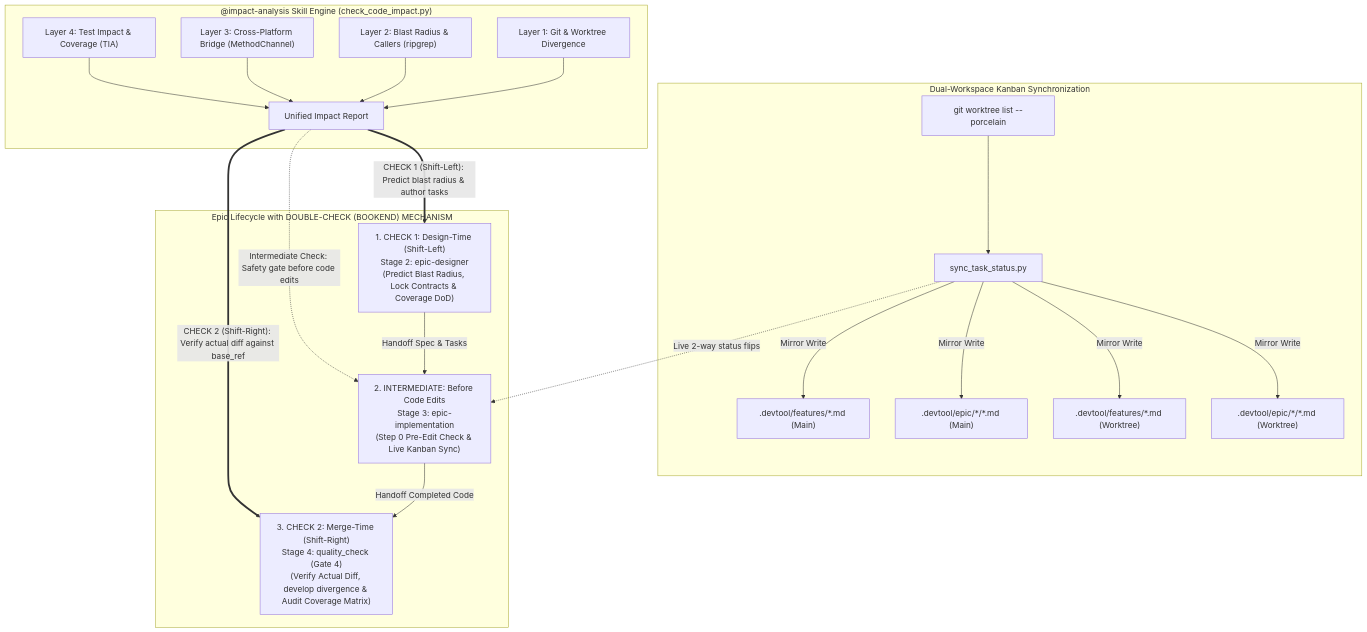
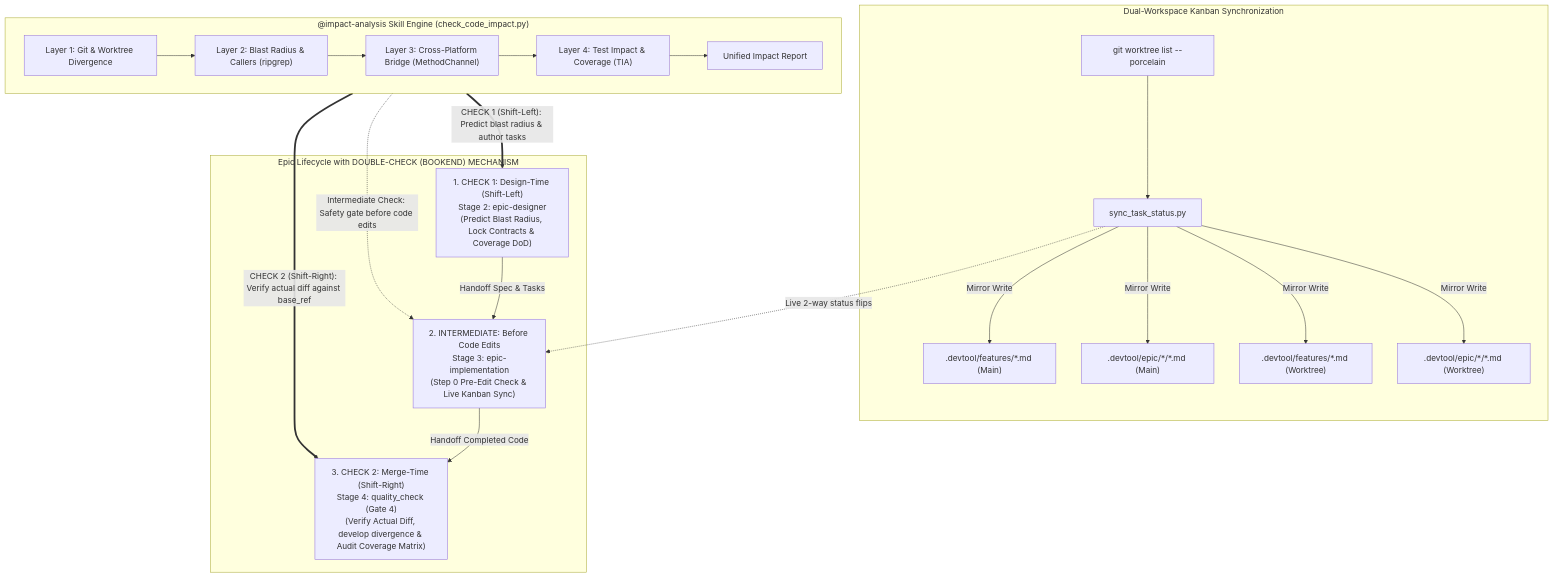
One commit to DanhDue/ai-agent-tools changed the first of 7 diagrams in .devtool/epic/kanban_sync_impact_analysis/kanban_sync_impact_analysis.en.md. Above: the diagram before and after it, drawn with Mermaid. The commit also changed other lines of this file and 1 other file, not shown here.

First line of the commit message:
[EPIC_DESIGNER] Lay out Impact Engine layers and Use Cases horizontally

````diff
--- a/.devtool/epic/kanban_sync_impact_analysis/kanban_sync_impact_analysis.en.md
+++ b/.devtool/epic/kanban_sync_impact_analysis/kanban_sync_impact_analysis.en.md
@@ -45,36 +45,34 @@
 ```mermaid
 flowchart TD
     subgraph KANBAN_SYNC["Dual-Workspace Kanban Synchronization"]
         SYNC_TOOL["sync_task_status.py"]
         WT_DISCOVER["git worktree list --porcelain"]
         WT_DISCOVER --> SYNC_TOOL
         SYNC_TOOL -->|Mirror Write| F_MAIN[".devtool/features/*.md (Main)"]
         SYNC_TOOL -->|Mirror Write| E_MAIN[".devtool/epic/*/*.md (Main)"]
         SYNC_TOOL -->|Mirror Write| F_WT[".devtool/features/*.md (Worktree)"]
         SYNC_TOOL -->|Mirror Write| E_WT[".devtool/epic/*/*.md (Worktree)"]
     end
 
     subgraph IMPACT_ENGINE["@impact-analysis Skill Engine (check_code_impact.py)"]
-        L1["Layer 1: Git & Worktree Divergence"]
-        L2["Layer 2: Blast Radius & Callers (ripgrep)"]
-        L3["Layer 3: Cross-Platform Bridge (MethodChannel)"]
-        L4["Layer 4: Test Impact & Coverage (TIA)"]
-        L1 & L2 & L3 & L4 --> REPORT["Unified Impact Report"]
+        direction LR
+        L1["Layer 1: Git & Worktree Divergence"] --> L2["Layer 2: Blast Radius & Callers (ripgrep)"] --> L3["Layer 3: Cross-Platform Bridge (MethodChannel)"] --> L4["Layer 4: Test Impact & Coverage (TIA)"]
+        L4 --> REPORT["Unified Impact Report"]
     end
 
     subgraph WORKFLOW_INTEGRATION["Epic Lifecycle with DOUBLE-CHECK (BOOKEND) MECHANISM"]
         STAGE2["1. CHECK 1: Design-Time (Shift-Left)<br/>Stage 2: epic-designer<br/>(Predict Blast Radius, Lock Contracts & Coverage DoD)"]
         STAGE3["2. INTERMEDIATE: Before Code Edits<br/>Stage 3: epic-implementation<br/>(Step 0 Pre-Edit Check & Live Kanban Sync)"]
         STAGE4["3. CHECK 2: Merge-Time (Shift-Right)<br/>Stage 4: quality_check (Gate 4)<br/>(Verify Actual Diff, develop divergence & Audit Coverage Matrix)"]
         
         STAGE2 -->|Handoff Spec & Tasks| STAGE3
         STAGE3 -->|Handoff Completed Code| STAGE4
     end
 
     %% Explicit Double-Check connections
     REPORT ==>|"CHECK 1 (Shift-Left): Predict blast radius & author tasks"| STAGE2
     REPORT -.->|"Intermediate Check: Safety gate before code edits"| STAGE3
     REPORT ==>|"CHECK 2 (Shift-Right): Verify actual diff against base_ref"| STAGE4
 
     SYNC_TOOL -.->|"Live 2-way status flips"| STAGE3
 ```
````
